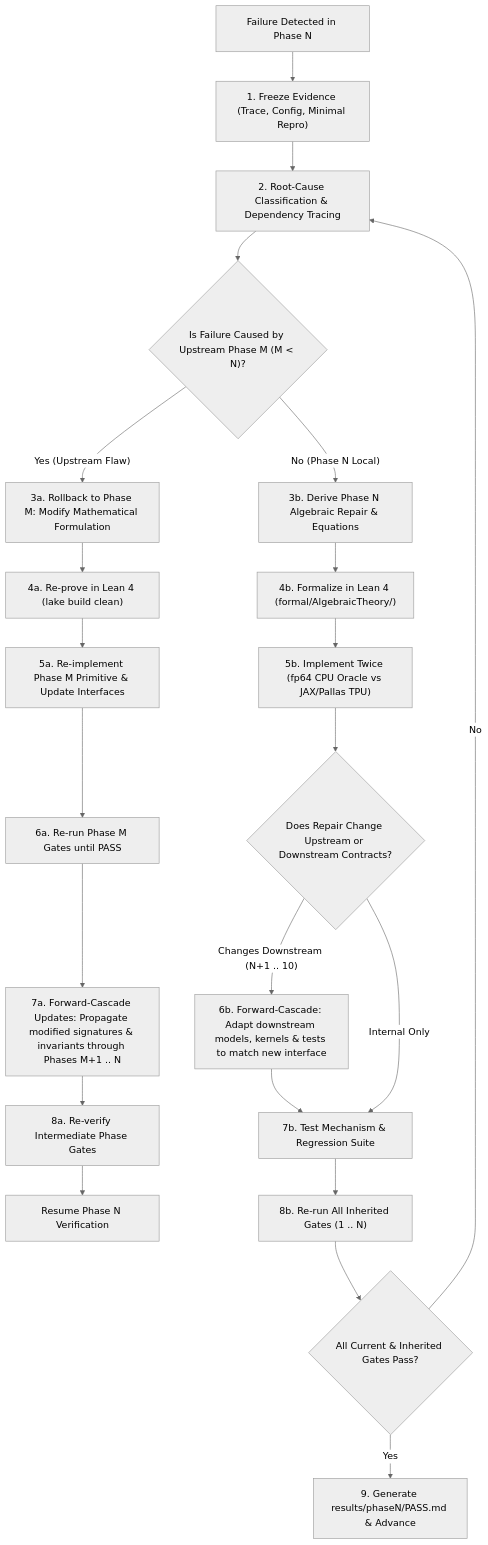
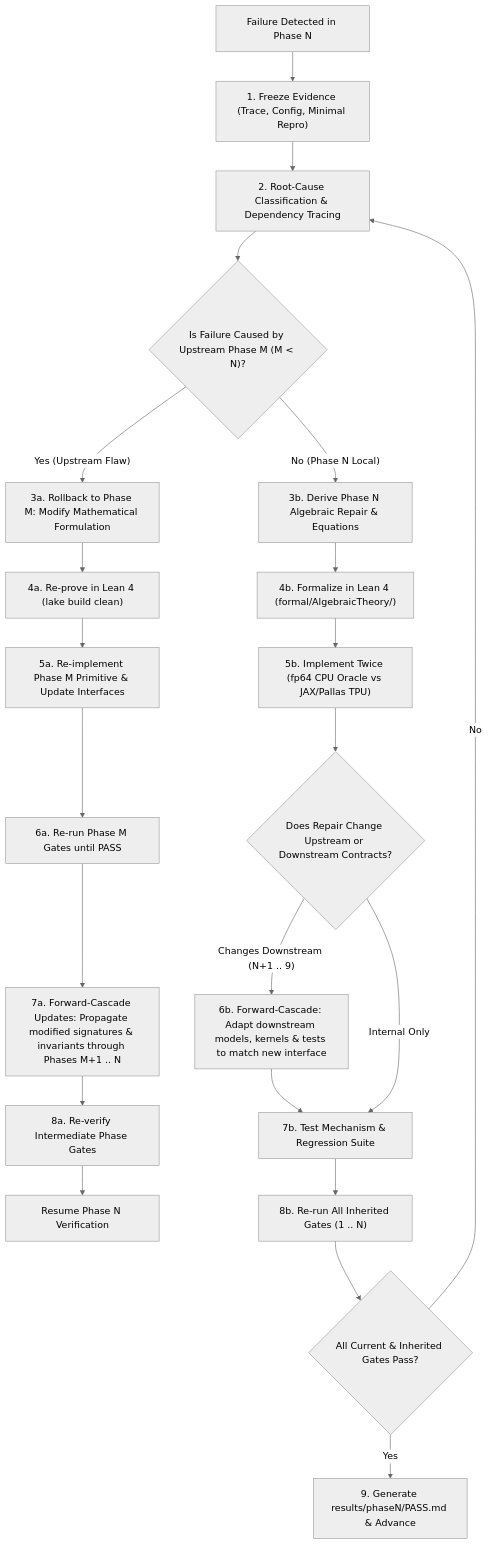
The diagram in phases/README.md (tasmaikeni13/algebraic-intelligence), drawn with Mermaid (neutral theme) before and after one commit. The commit also changed other lines of this file and 6 other files, not shown here.

````diff
--- a/phases/README.md
+++ b/phases/README.md
@@ -81,29 +80,29 @@
 ```mermaid
 graph TD
     A["Failure Detected in Phase N"] --> B["1. Freeze Evidence (Trace, Config, Minimal Repro)"]
     B --> C["2. Root-Cause Classification & Dependency Tracing"]
     C --> D{"Is Failure Caused by Upstream Phase M (M < N)?"}
     
     D -- "Yes (Upstream Flaw)" --> E["3a. Rollback to Phase M: Modify Mathematical Formulation"]
     E --> F["4a. Re-prove in Lean 4 (lake build clean)"]
     F --> G["5a. Re-implement Phase M Primitive & Update Interfaces"]
     G --> H["6a. Re-run Phase M Gates until PASS"]
     H --> I["7a. Forward-Cascade Updates: Propagate modified signatures & invariants through Phases M+1 .. N"]
     I --> J["8a. Re-verify Intermediate Phase Gates"]
     J --> K["Resume Phase N Verification"]
 
     D -- "No (Phase N Local)" --> L["3b. Derive Phase N Algebraic Repair & Equations"]
     L --> M["4b. Formalize in Lean 4 (formal/AlgebraicTheory/)"]
     M --> N["5b. Implement Twice (fp64 CPU Oracle vs JAX/Pallas TPU)"]
     N --> O{"Does Repair Change Upstream or Downstream Contracts?"}
     
-    O -- "Changes Downstream (N+1 .. 10)" --> P["6b. Forward-Cascade: Adapt downstream models, kernels & tests to match new interface"]
+    O -- "Changes Downstream (N+1 .. 9)" --> P["6b. Forward-Cascade: Adapt downstream models, kernels & tests to match new interface"]
     P --> Q["7b. Test Mechanism & Regression Suite"]
     
     O -- "Internal Only" --> Q
     
     Q --> R["8b. Re-run All Inherited Gates (1 .. N)"]
     R --> S{"All Current & Inherited Gates Pass?"}
     S -- "No" --> C
     S -- "Yes" --> T["9. Generate results/phaseN/PASS.md & Advance"]
 ```
````
